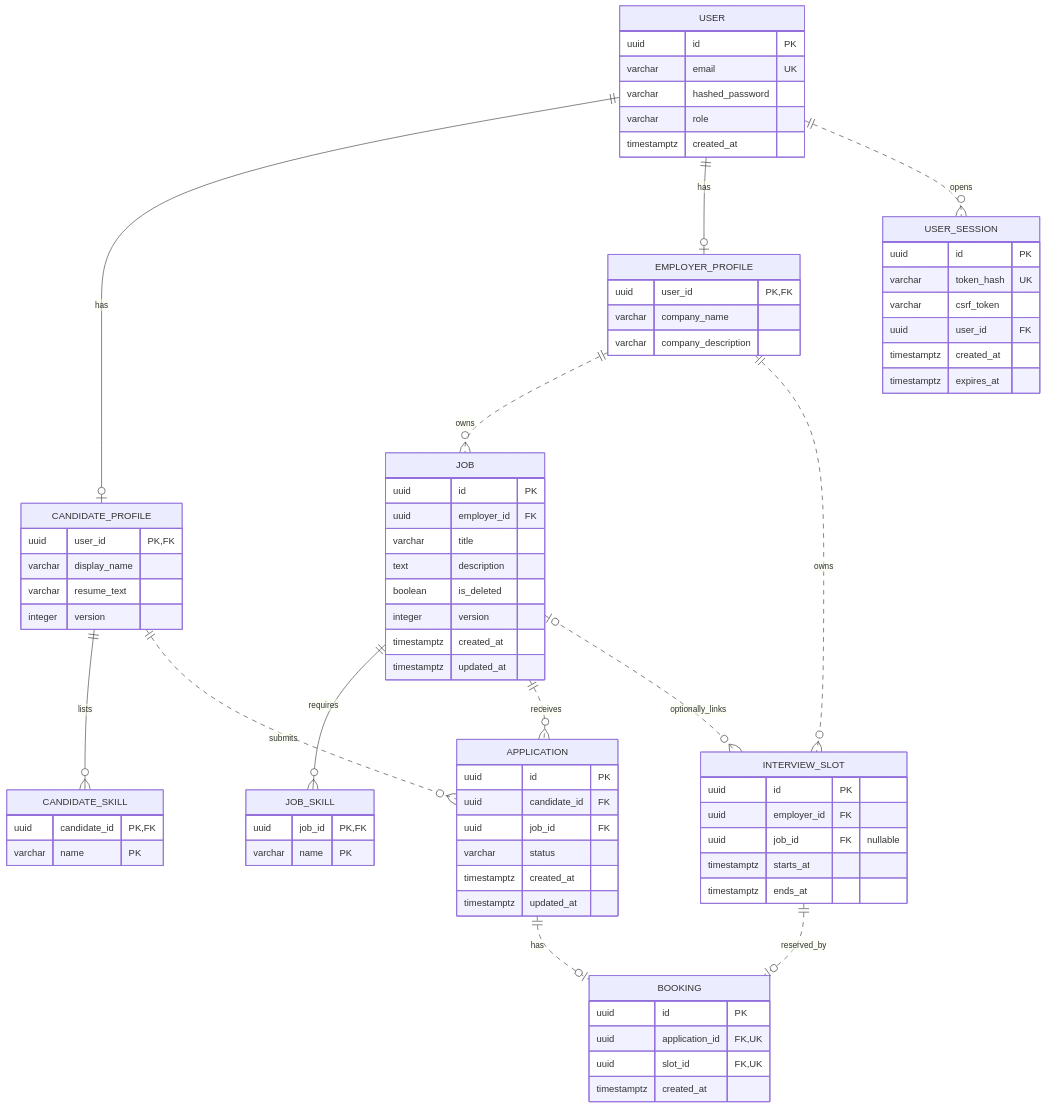
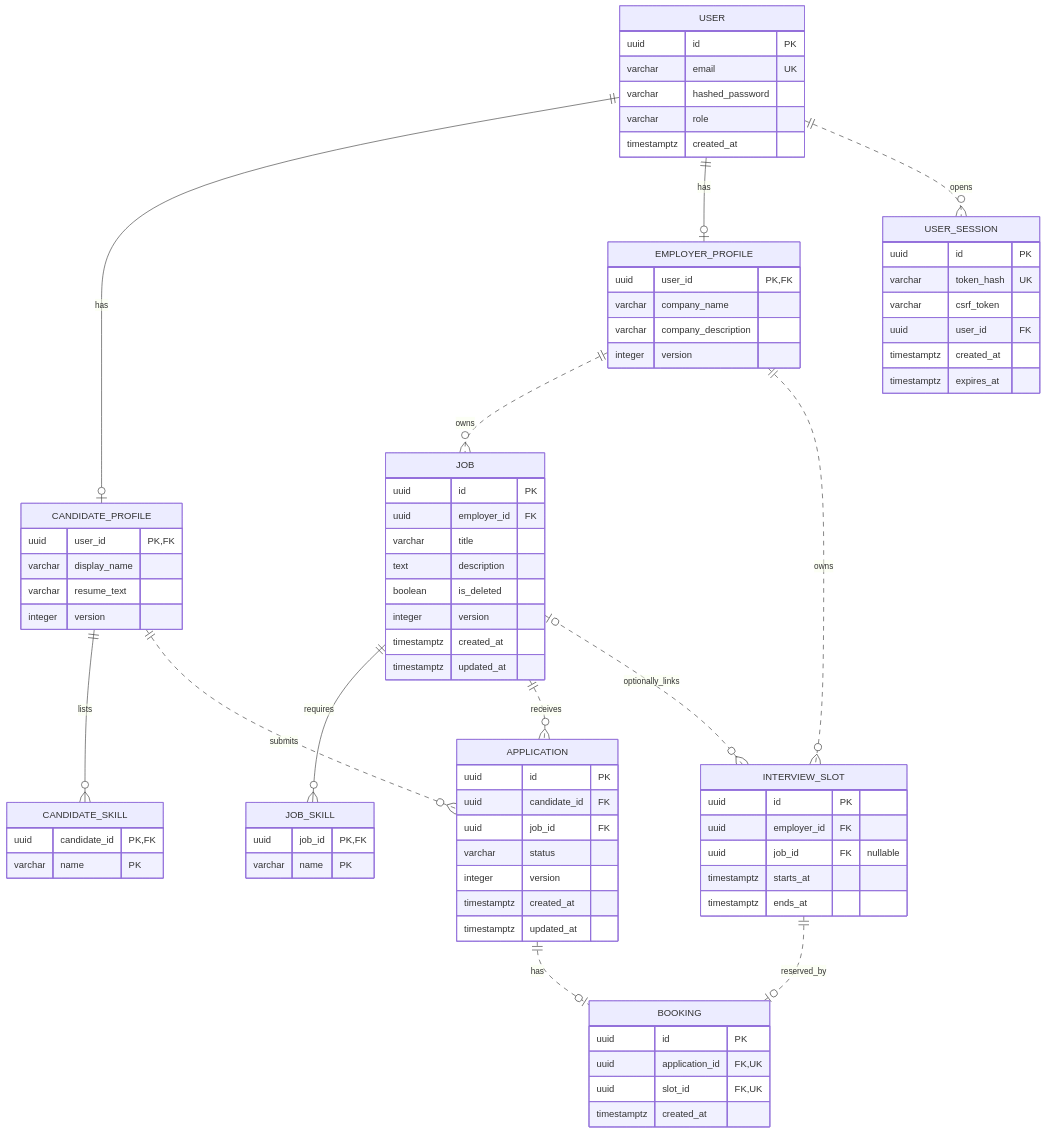
One commit to LiWenkai19/CSC4801_Team_Pivot changed the diagram in SPEC.md. Above: the diagram before and after it, drawn with Mermaid. The commit also changed other lines of this file and 55 other files, not shown here.

```diff
--- a/SPEC.md
+++ b/SPEC.md
@@ -98,6 +98,7 @@
         uuid user_id PK, FK
         varchar company_name
         varchar company_description
+        integer version
     }
     CANDIDATE_SKILL {
         uuid candidate_id PK, FK
@@ -122,6 +123,7 @@
         uuid candidate_id FK
         uuid job_id FK
         varchar status
+        integer version
         timestamptz created_at
         timestamptz updated_at
     }
```
